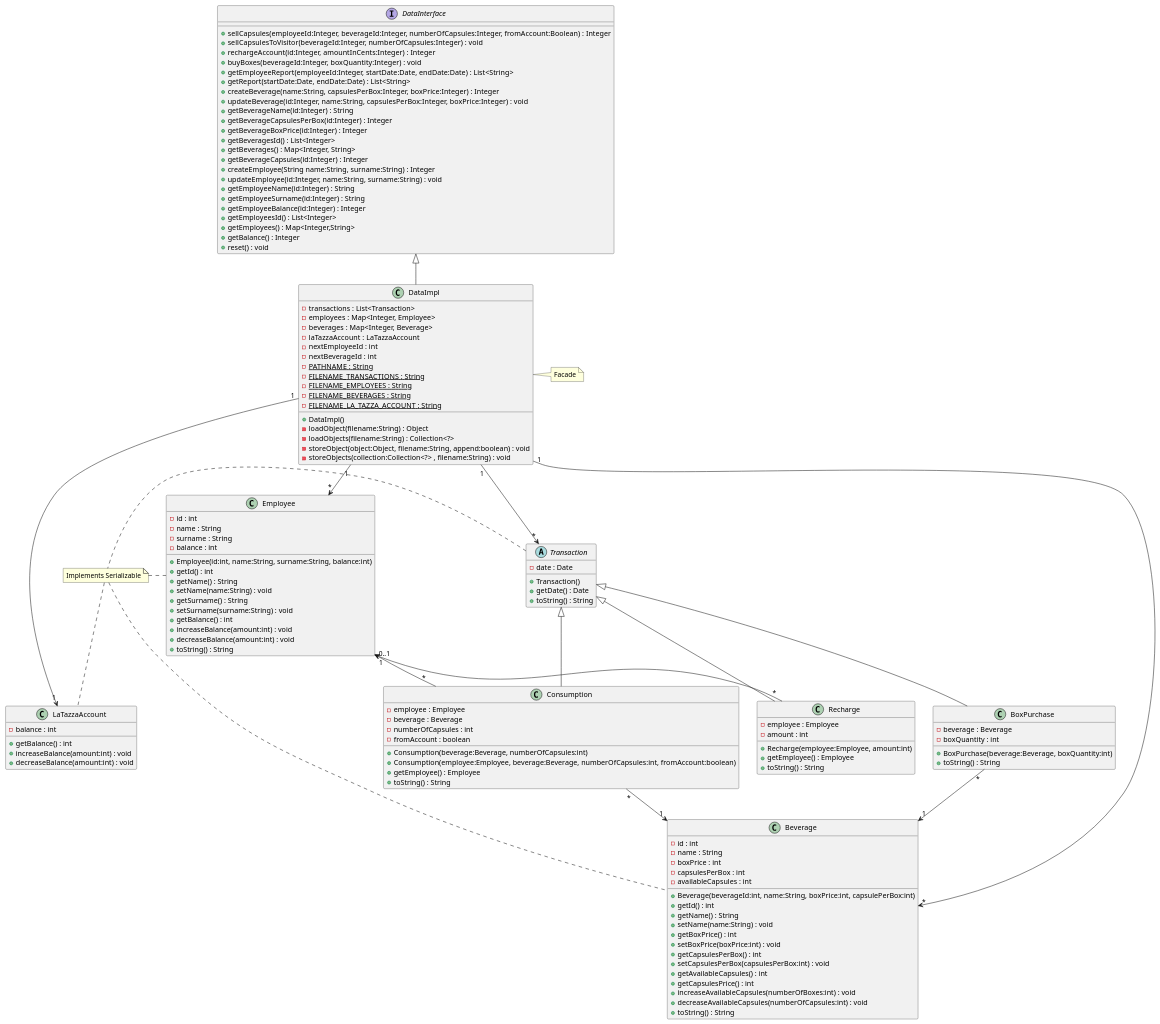
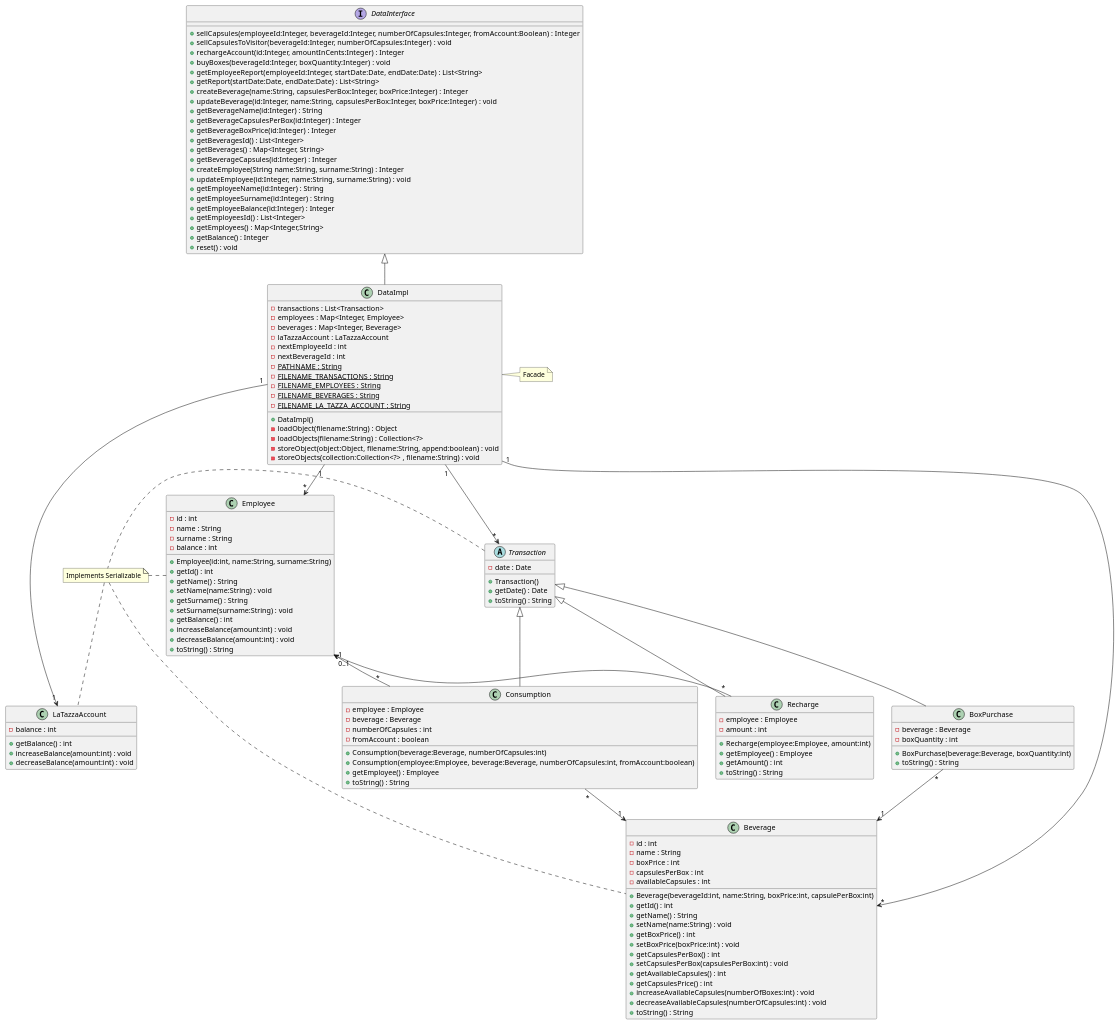
One commit to eloparco/LaTazza changed the third of 6 diagrams in design_document.md. Above: the diagram before and after it, drawn with PlantUML.

Commit message:
Update design_document.md with method added for testing

```diff
--- a/design_document.md
+++ b/design_document.md
@@ -146,7 +146,7 @@
 Employee : -name : String
 Employee : -surname : String
 Employee : -balance : int
-Employee : +Employee(id:int, name:String, surname:String, balance:int)
+Employee : +Employee(id:int, name:String, surname:String)
 Employee : +getId() : int
 Employee : +getName() : String
 Employee : +setName(name:String) : void
@@ -166,6 +166,7 @@
 Recharge : -amount : int
 Recharge : +Recharge(employee:Employee, amount:int)
 Recharge : +getEmployee() : Employee
+Recharge : +getAmount() : int
 Recharge : +toString() : String
 
 BoxPurchase : -beverage : Beverage
```
